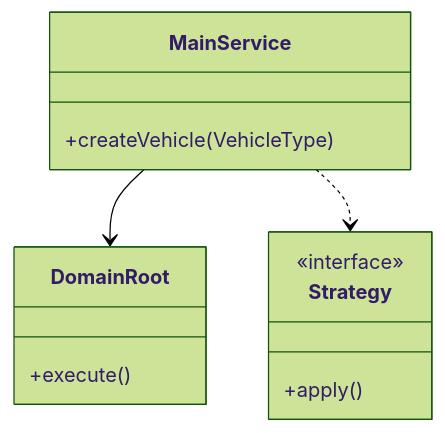
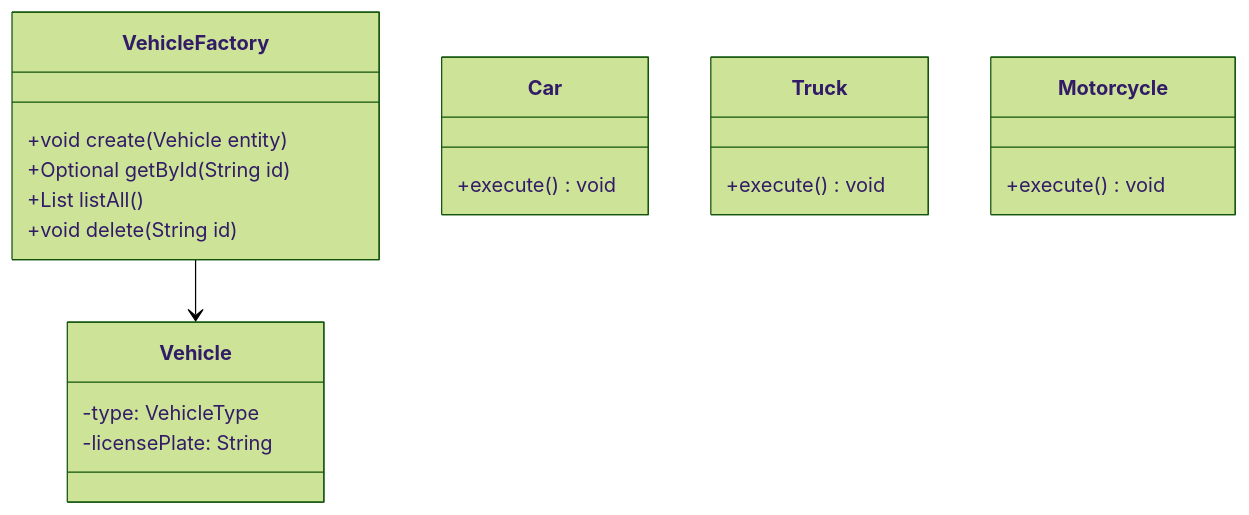
The first of 3 diagrams in Learn/System Design - Low Level Design/03-design-patterns/questions/Q02-factory-vehicle.md (madhupaila/Interview-Prep-SSE), drawn with Mermaid (forest theme) before and after one commit. The commit also changed other lines of this file and 491 other files, not shown here.

````diff
--- a/Learn/System Design - Low Level Design/03-design-patterns/questions/Q02-factory-vehicle.md
+++ b/Learn/System Design - Low Level Design/03-design-patterns/questions/Q02-factory-vehicle.md
@@ -75,15 +92,23 @@
 ```mermaid
 classDiagram
-    class MainService {
-        +createVehicle(VehicleType)
+    class VehicleFactory {
+        +void create(Vehicle entity)
+        +Optional<Vehicle> getById(String id)
+        +List<Vehicle> listAll()
+        +void delete(String id)
     }
-    class DomainRoot {
-        +execute()
+    class Vehicle {
+        -type: VehicleType
+        -licensePlate: String
     }
-    class Strategy {
-        <<interface>>
-        +apply()
+    class Car {
+        +execute() void
     }
-    MainService --> DomainRoot
-    MainService ..> Strategy
+    class Truck {
+        +execute() void
+    }
+    class Motorcycle {
+        +execute() void
+    }
+    VehicleFactory --> Vehicle
 ```
````
